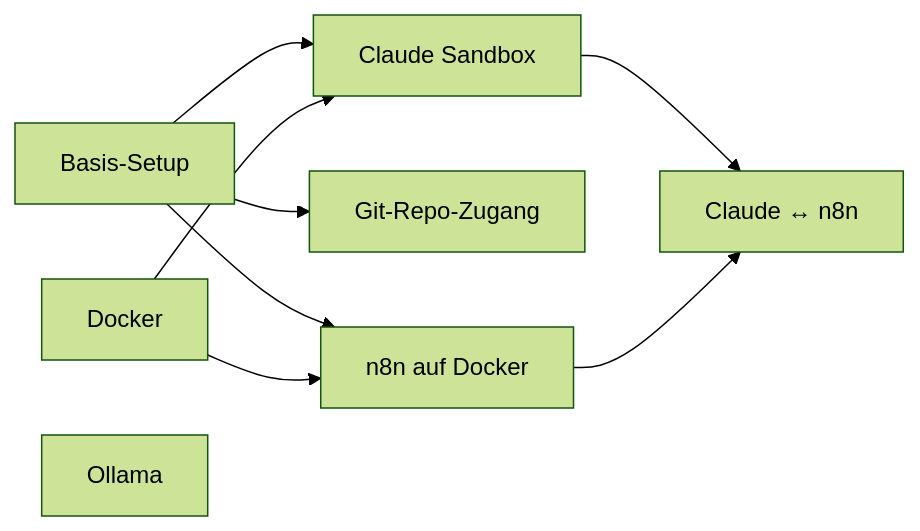
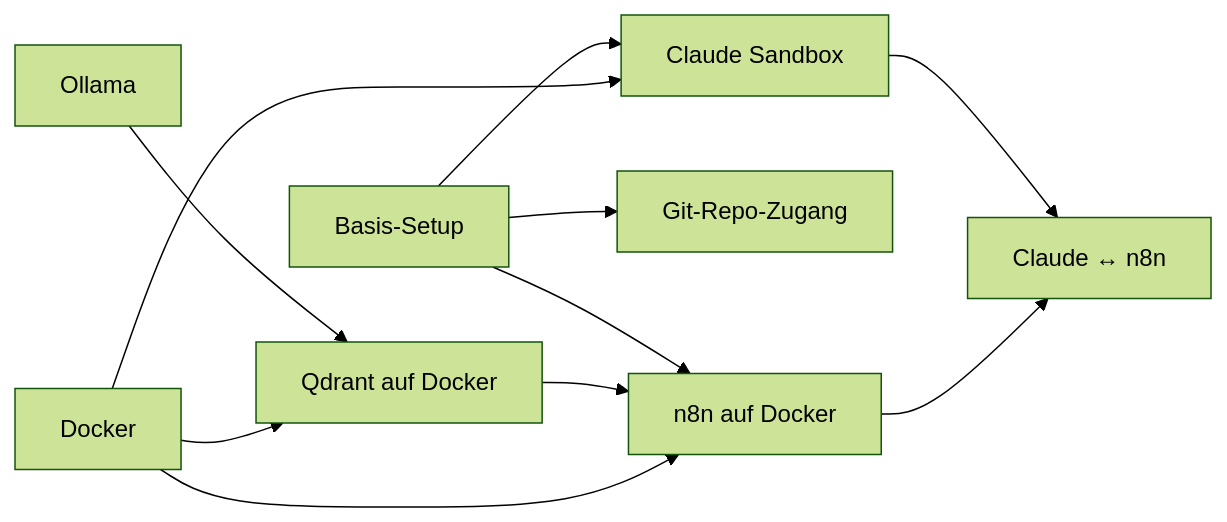
One commit to intersections-ch/manuals changed the diagram in README.de.md. Above: the diagram before and after it, drawn with Mermaid (forest theme). The commit also changed other lines of this file and 11 other files, not shown here.

````diff
--- a/README.de.md
+++ b/README.de.md
@@ -26,11 +27,13 @@
 ```mermaid
 graph LR
   setup[Basis-Setup] --> sbx[Claude Sandbox]
   setup --> git[Git-Repo-Zugang]
   setup --> n8n[n8n auf Docker]
   sbx --> mcp[Claude ↔ n8n]
   n8n --> mcp
+  qdrant[Qdrant auf Docker] --> n8n
+  ollama[Ollama] --> qdrant
   docker[Docker] --> sbx
+  docker --> qdrant
   docker --> n8n
-  ollama[Ollama]
 ```
````
